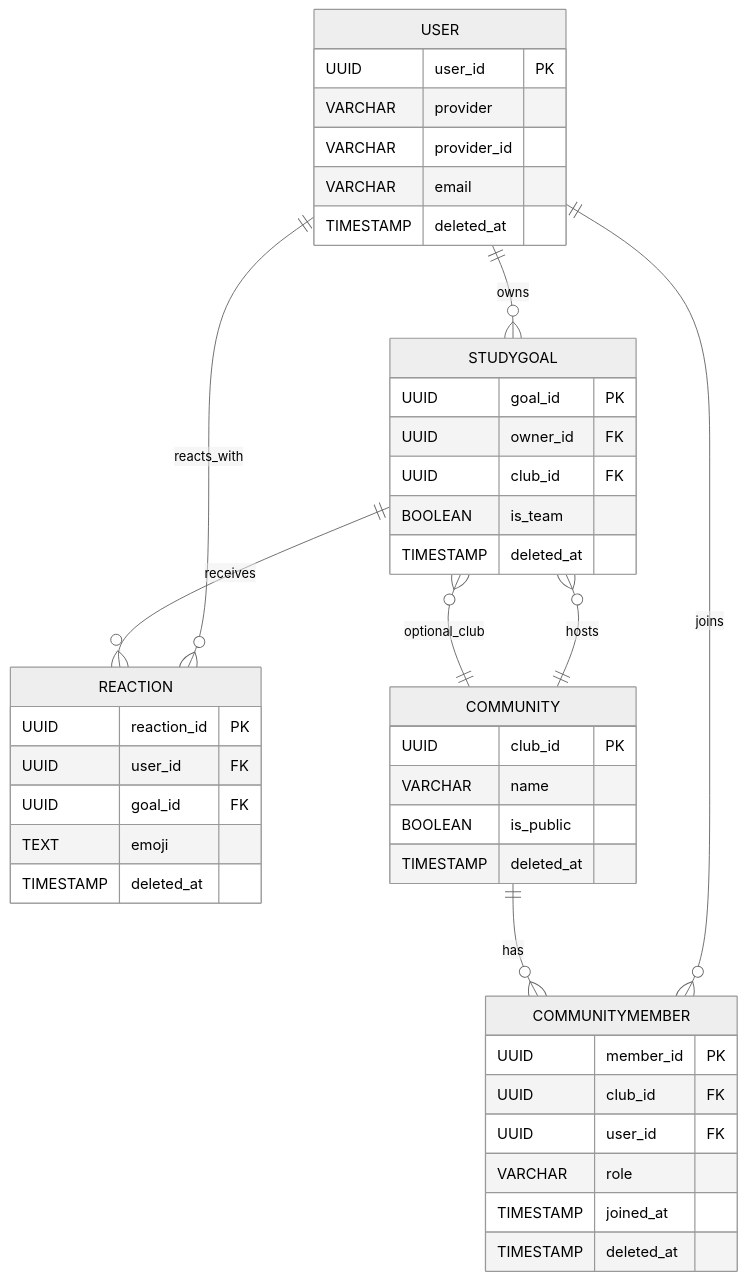
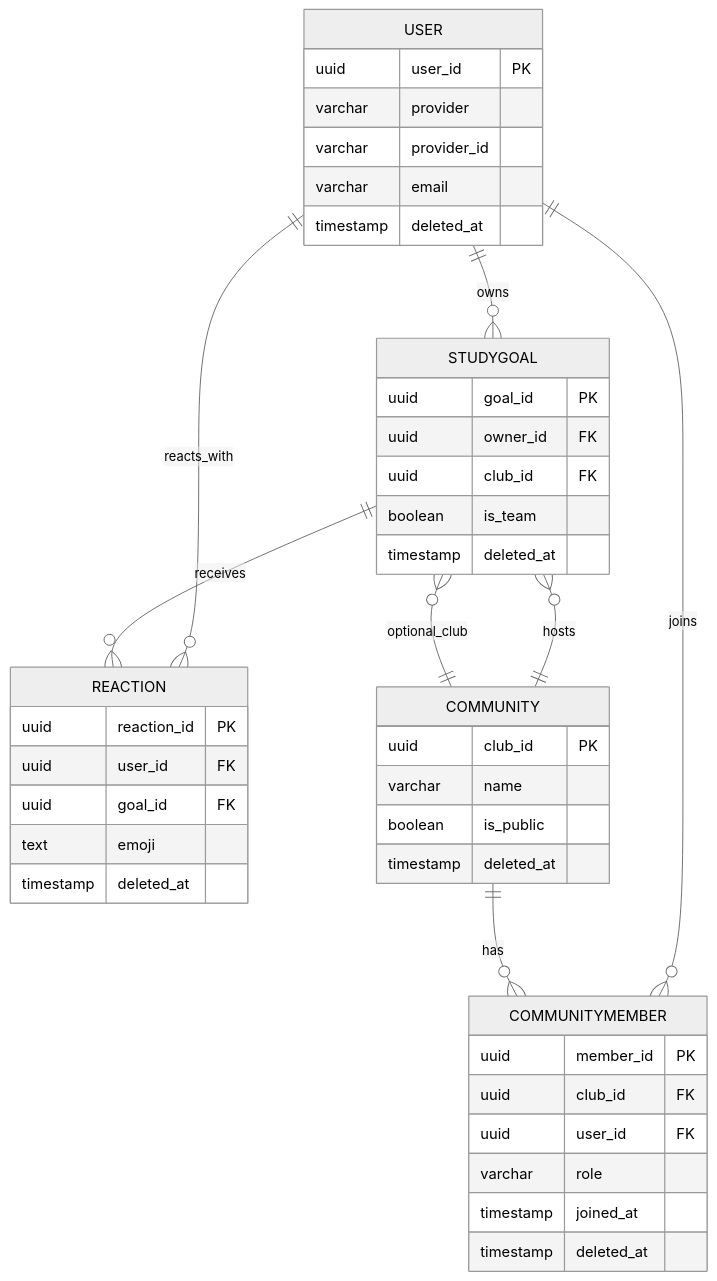
The diagram in docs/data-model.md (FRONTENDBOOTCAMP-14th/react_project_1), drawn with Mermaid (neutral theme) before and after one commit. The commit also changed other lines of this file, not shown here.

````diff
--- a/docs/data-model.md
+++ b/docs/data-model.md
@@ -5,46 +5,46 @@
 ```mermaid
 erDiagram
     USER {
-        UUID user_id PK
-        VARCHAR provider
-        VARCHAR provider_id
-        VARCHAR email
-        TIMESTAMP deleted_at
+        uuid user_id PK
+        varchar provider
+        varchar provider_id
+        varchar email
+        timestamp deleted_at
     }
     STUDYGOAL {
-        UUID goal_id PK
-        UUID owner_id FK
-        UUID club_id FK
-        BOOLEAN is_team
-        TIMESTAMP deleted_at
+        uuid goal_id PK
+        uuid owner_id FK
+        uuid club_id FK
+        boolean is_team
+        timestamp deleted_at
     }
     REACTION {
-        UUID reaction_id PK
-        UUID user_id FK
-        UUID goal_id FK
-        TEXT emoji
-        TIMESTAMP deleted_at
+        uuid reaction_id PK
+        uuid user_id FK
+        uuid goal_id FK
+        text emoji
+        timestamp deleted_at
     }
     COMMUNITY {
-        UUID club_id PK
-        VARCHAR name
-        BOOLEAN is_public
-        TIMESTAMP deleted_at
+        uuid club_id PK
+        varchar name
+        boolean is_public
+        timestamp deleted_at
     }
     COMMUNITYMEMBER {
-        UUID member_id PK
-        UUID club_id FK
-        UUID user_id FK
-        VARCHAR role
-        TIMESTAMP joined_at
-        TIMESTAMP deleted_at
+        uuid member_id PK
+        uuid club_id FK
+        uuid user_id FK
+        varchar role
+        timestamp joined_at
+        timestamp deleted_at
     }
 
     USER ||--o{ STUDYGOAL : owns
     STUDYGOAL ||--o{ REACTION : receives
     USER ||--o{ REACTION : reacts_with
     COMMUNITY ||--o{ STUDYGOAL : hosts
     STUDYGOAL }o--|| COMMUNITY : optional_club
     COMMUNITY ||--o{ COMMUNITYMEMBER : has
     USER ||--o{ COMMUNITYMEMBER : joins
 ```
````
